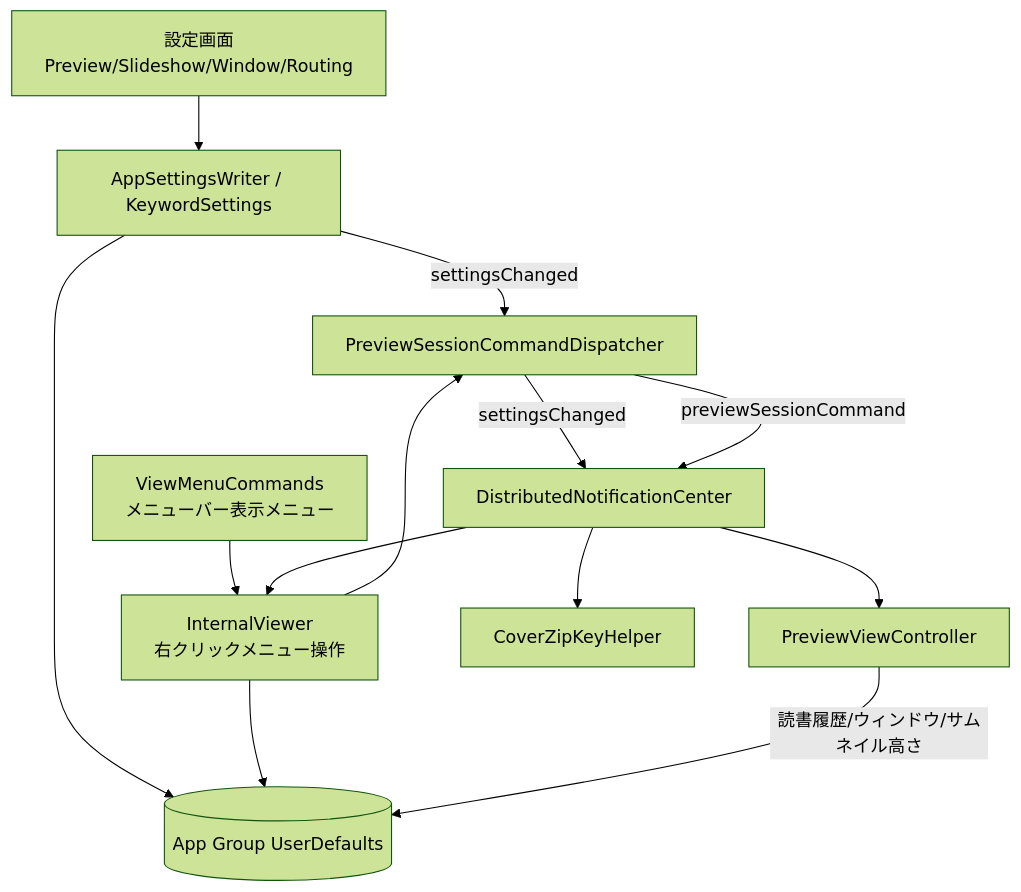
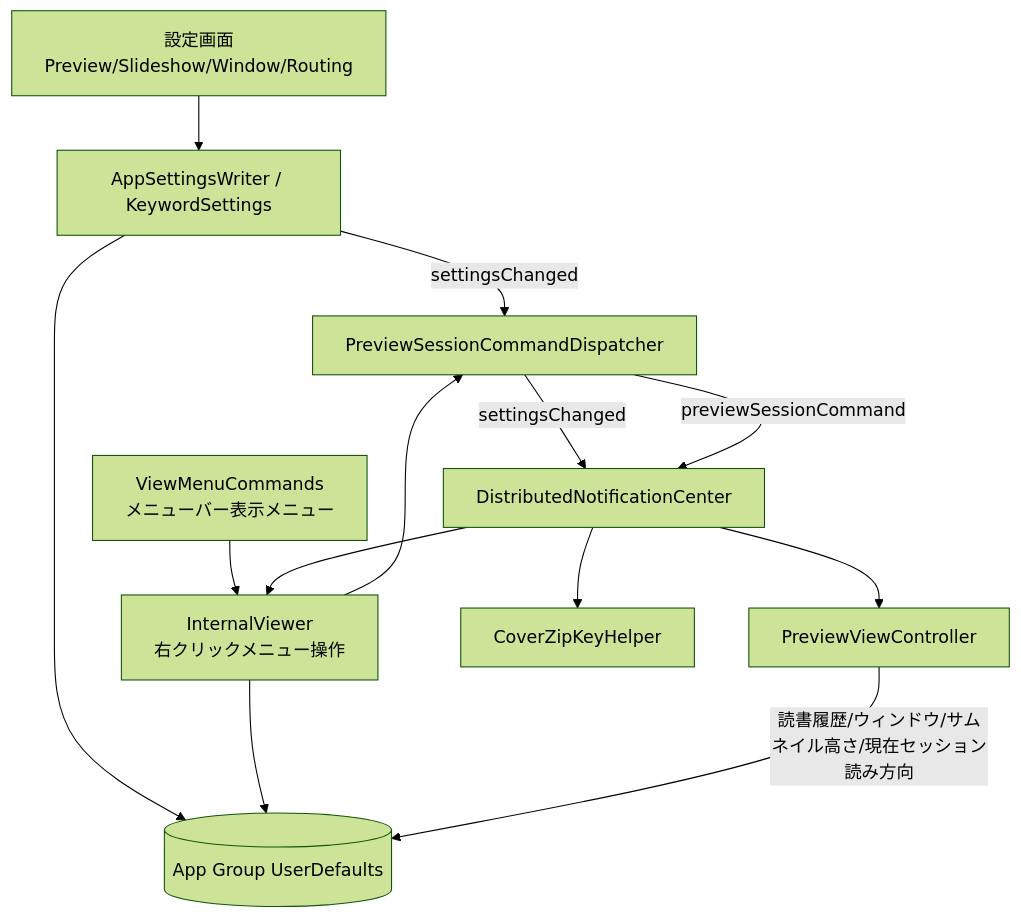
The fifth of 6 diagrams in flow.md (Nihondo/CoverZip), drawn with Mermaid (forest theme) before and after one commit. The commit also changed other lines of this file and 8 other files, not shown here.

````diff
--- a/flow.md
+++ b/flow.md
@@ -142,25 +142,25 @@
 ```mermaid
 flowchart TB
     settingsUI["設定画面\nPreview/Slideshow/Window/Routing"]
     writer["AppSettingsWriter / KeywordSettings"]
     defaults[("App Group UserDefaults")]
     menu["ViewMenuCommands\nメニューバー表示メニュー"]
     internal["InternalViewer\n右クリックメニュー操作"]
     dispatcher["PreviewSessionCommandDispatcher"]
     preview["PreviewViewController"]
     keyhelper["CoverZipKeyHelper"]
     dnc["DistributedNotificationCenter"]
 
     settingsUI --> writer
     writer --> defaults
     writer -->|settingsChanged| dispatcher
     menu --> internal
     internal --> defaults
     internal --> dispatcher
     dispatcher -->|settingsChanged| dnc
     dispatcher -->|previewSessionCommand| dnc
     dnc --> preview
     dnc --> internal
     dnc --> keyhelper
-    preview -->|読書履歴/ウィンドウ/サムネイル高さ| defaults
+    preview -->|読書履歴/ウィンドウ/サムネイル高さ/現在セッション読み方向| defaults
 ```
````
